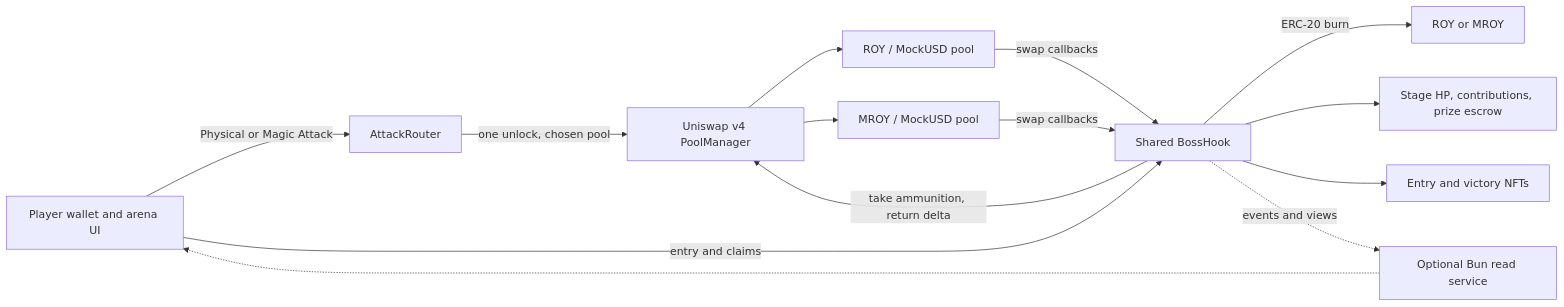
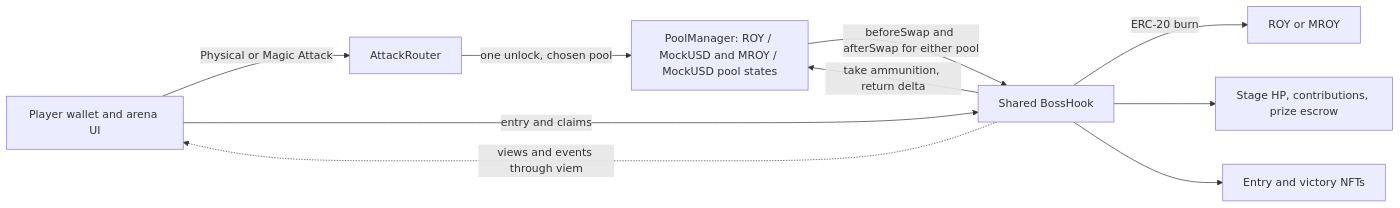
One commit to 0xroylee/eth-global-2026-tokyo changed the first of 2 diagrams in docs/technical-spec.md. Above: the diagram before and after it, drawn with Mermaid. The commit also changed other lines of this file and 9 other files, not shown here.

````diff
--- a/docs/technical-spec.md
+++ b/docs/technical-spec.md
@@ -7,16 +7,12 @@
 ```mermaid
 flowchart LR
     W[Player wallet and arena UI] -->|Physical or Magic Attack| R[AttackRouter]
-    R -->|one unlock, chosen pool| PM[Uniswap v4 PoolManager]
-    PM --> P[ROY / MockUSD pool]
-    PM --> M[MROY / MockUSD pool]
-    P -->|swap callbacks| H[Shared BossHook]
-    M -->|swap callbacks| H
+    R -->|one unlock, chosen pool| PM[PoolManager: ROY / MockUSD and MROY / MockUSD pool states]
+    PM -->|beforeSwap and afterSwap for either pool| H[Shared BossHook]
     H -->|take ammunition, return delta| PM
     H -->|ERC-20 burn| A[ROY or MROY]
     H --> S[Stage HP, contributions, prize escrow]
     W -->|entry and claims| H
     H --> N[Entry and victory NFTs]
-    H -.->|events and views| B[Optional Bun read service]
-    B -.-> W
+    H -.->|views and events through viem| W
 ```
````
